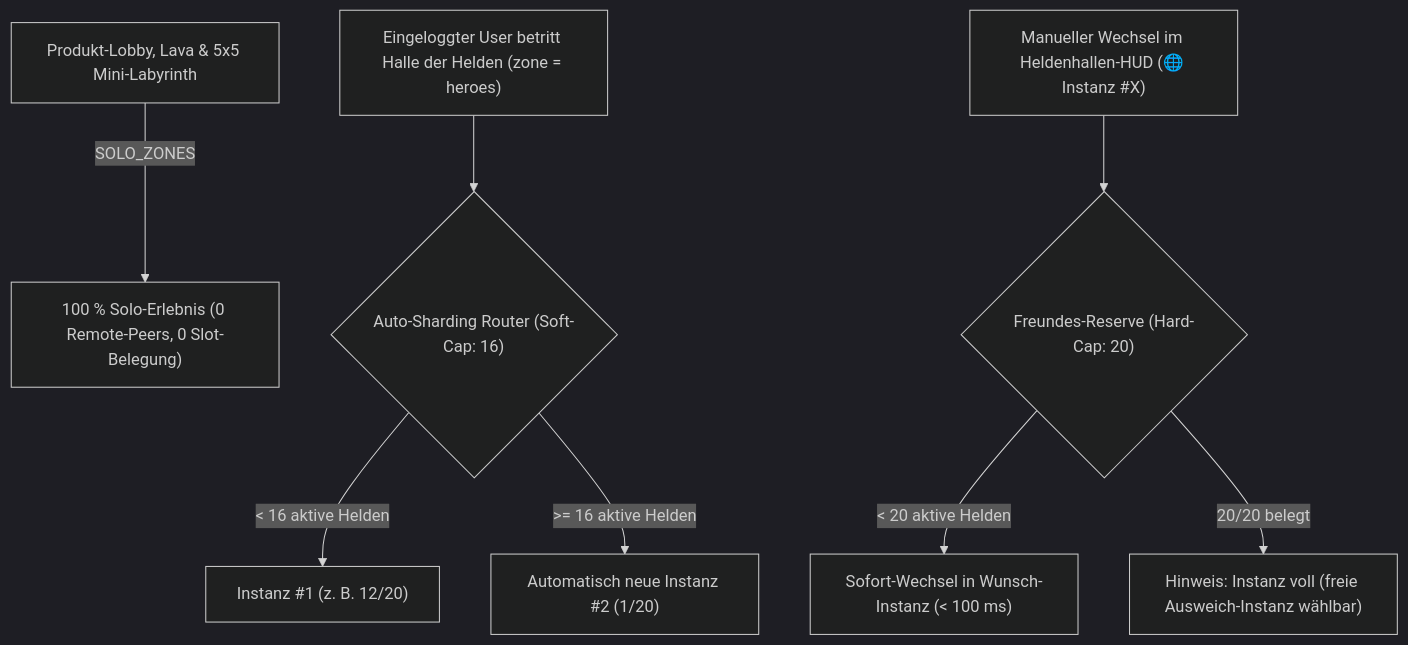
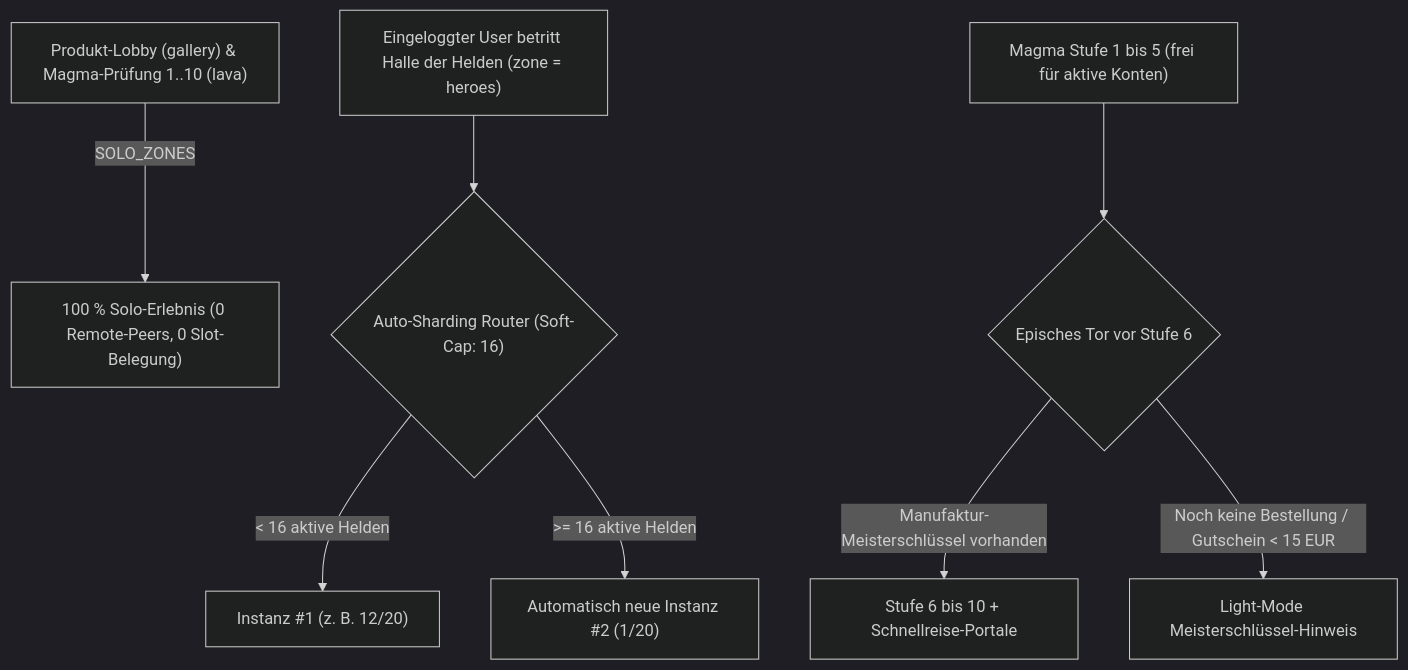
One commit to Galaxina93/seelenfunke changed the diagram in Abschlussberichte/Konzepte/Konzept_3D_User_Lobby_und_Goldene_Halle_der_Helden.md. Above: the diagram before and after it, drawn with Mermaid (dark theme). The commit also changed other lines of this file and 6 other files, not shown here.

````diff
--- a/Abschlussberichte/Konzepte/Konzept_3D_User_Lobby_und_Goldene_Halle_der_Helden.md
+++ b/Abschlussberichte/Konzepte/Konzept_3D_User_Lobby_und_Goldene_Halle_der_Helden.md
@@ -44,10 +36,10 @@
 ```mermaid
 flowchart TD
-    Lobby["Produkt-Lobby, Lava & 5x5 Mini-Labyrinth"] -->|"SOLO_ZONES"| Solo["100 % Solo-Erlebnis (0 Remote-Peers, 0 Slot-Belegung)"]
+    Lobby["Produkt-Lobby (gallery) & Magma-Prüfung 1..10 (lava)"] -->|"SOLO_ZONES"| Solo["100 % Solo-Erlebnis (0 Remote-Peers, 0 Slot-Belegung)"]
     Join["Eingeloggter User betritt Halle der Helden (zone = heroes)"] --> Router{"Auto-Sharding Router (Soft-Cap: 16)"}
     Router -->|"< 16 aktive Helden"| Inst1["Instanz #1 (z. B. 12/20)"]
     Router -->|">= 16 aktive Helden"| Inst2["Automatisch neue Instanz #2 (1/20)"]
-    Switch["Manueller Wechsel im Heldenhallen-HUD (🌐 Instanz #X)"] --> HardCheck{"Freundes-Reserve (Hard-Cap: 20)"}
-    HardCheck -->|"< 20 aktive Helden"| TargetInst["Sofort-Wechsel in Wunsch-Instanz (< 100 ms)"]
-    HardCheck -->|"20/20 belegt"| FullMsg["Hinweis: Instanz voll (freie Ausweich-Instanz wählbar)"]
+    Magma15["Magma Stufe 1 bis 5 (frei für aktive Konten)"] --> Gate6{"Episches Tor vor Stufe 6"}
+    Gate6 -->|"Manufaktur-Meisterschlüssel vorhanden"| Magma610["Stufe 6 bis 10 + Schnellreise-Portale"]
+    Gate6 -->|"Noch keine Bestellung / Gutschein < 15 EUR"| KeyHint["Light-Mode Meisterschlüssel-Hinweis"]
 ```
````
